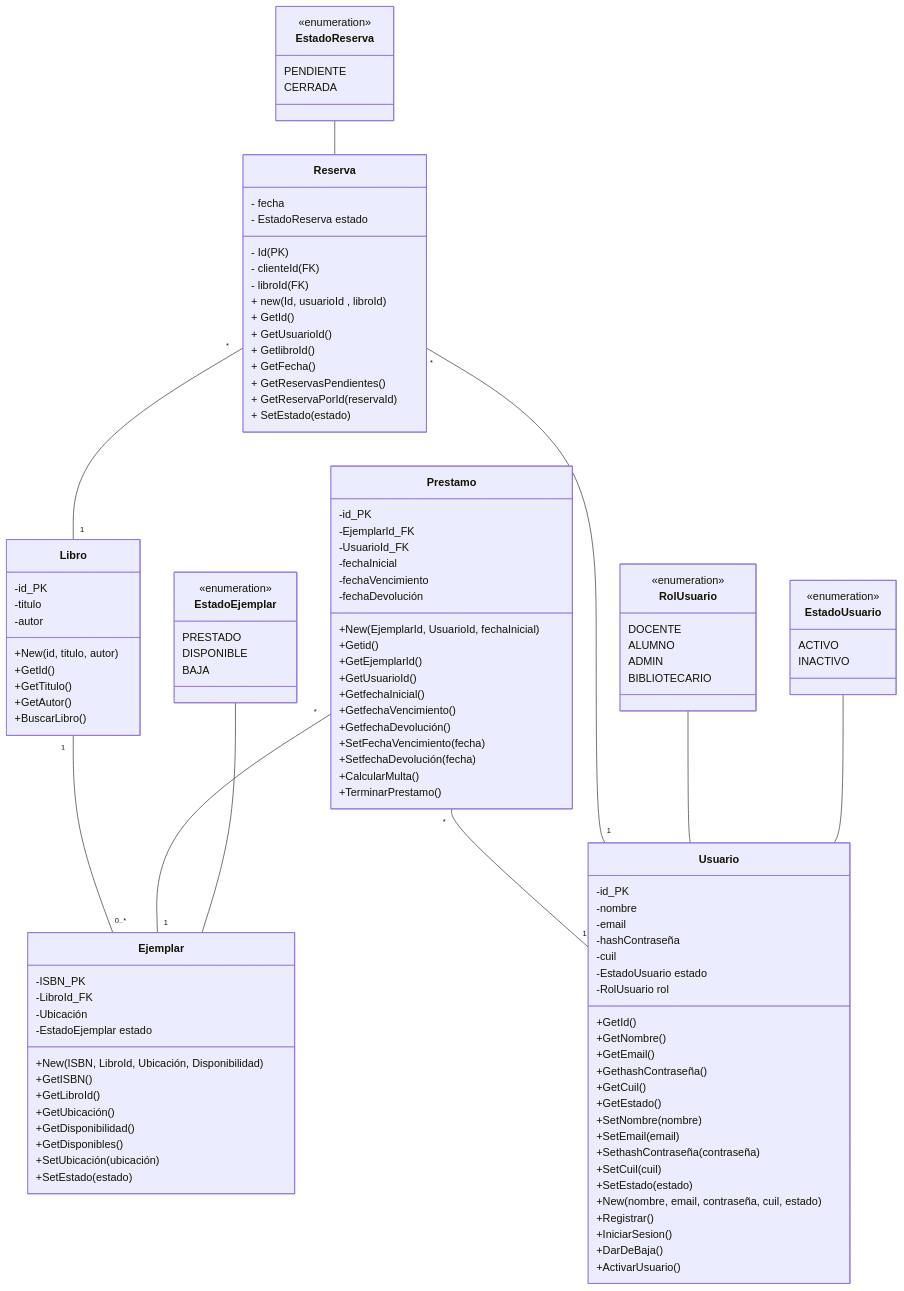
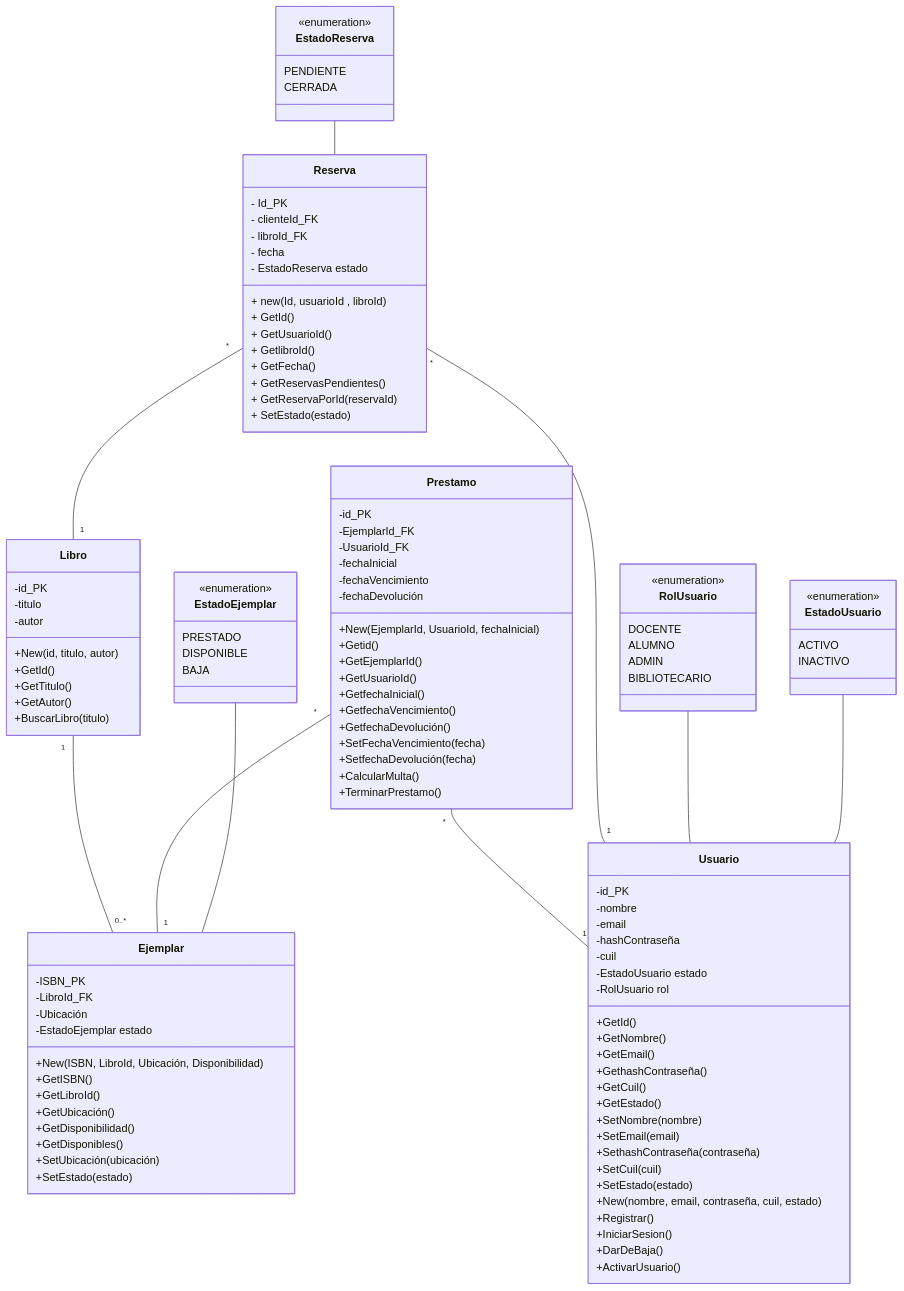
Before and after one commit to Pendorchoide/IS1-2026-UADER: the diagram in TP 7/Punto 6/ClassDiagram.md, drawn with Mermaid. The commit also changed 6 other files, not shown here.

````diff
--- a/TP 7/Punto 6/ClassDiagram.md
+++ b/TP 7/Punto 6/ClassDiagram.md
@@ -65,7 +65,7 @@
         +GetId()
         +GetTitulo()
         +GetAutor()
-        +BuscarLibro()
+        +BuscarLibro(titulo)
     }
 
     class Ejemplar {
@@ -106,9 +106,9 @@
     }
 
     class Reserva {
-        - Id (PK)
-        - clienteId (FK)
-        - libroId (FK)
+        - Id_PK
+        - clienteId_FK
+        - libroId_FK
         - fecha
         - EstadoReserva estado
 
@@ -134,6 +134,4 @@
     EstadoReserva -- Reserva    
     EstadoEjemplar -- Ejemplar    
 
-
-
 ```
````
